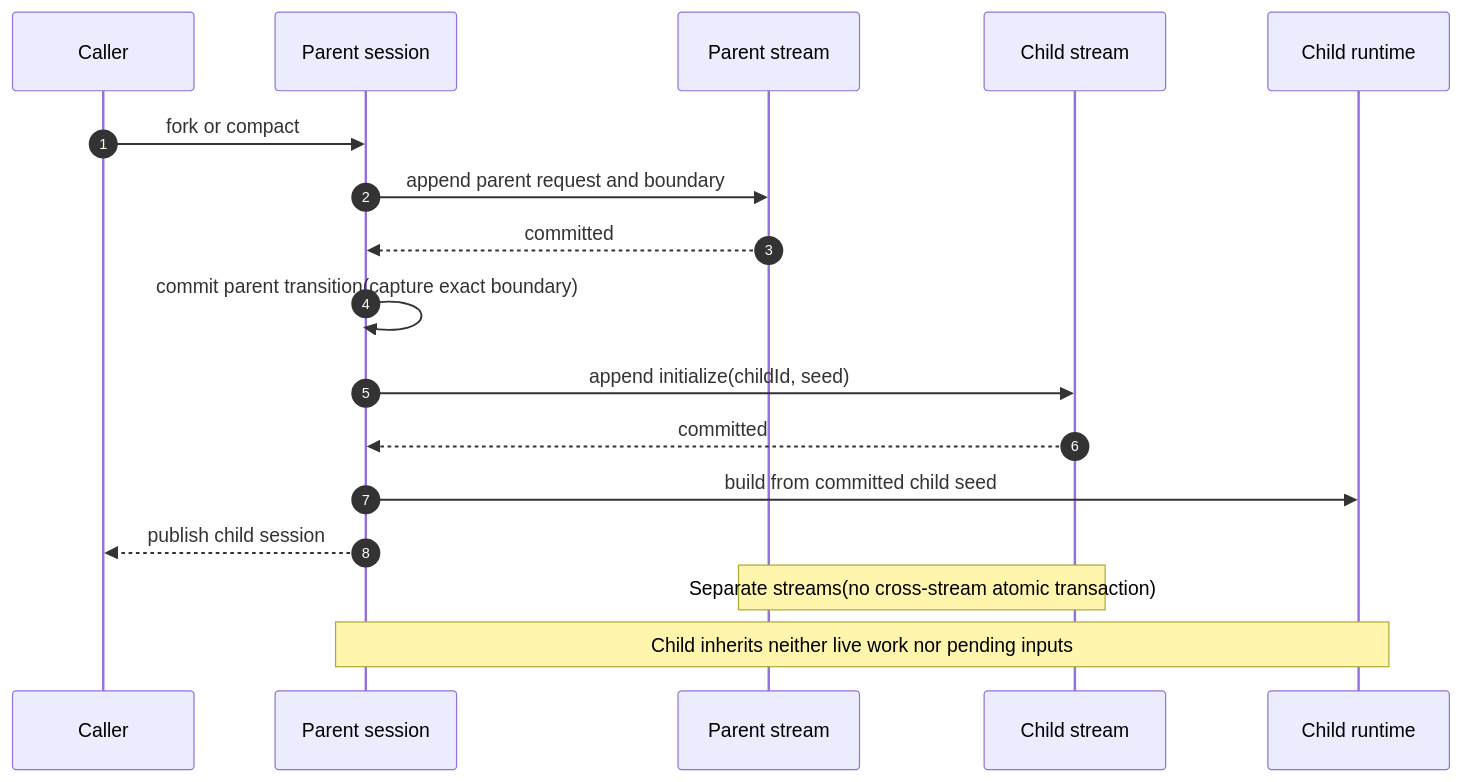
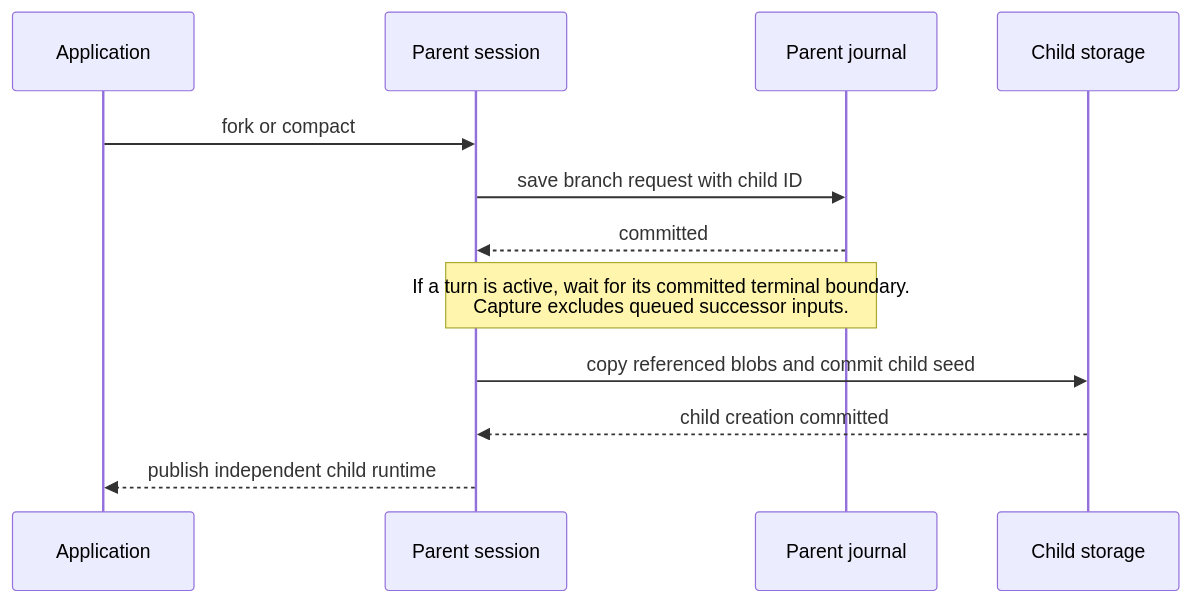
One commit to danbarua/labkit-agent changed the seventh of 8 diagrams in docs/session-runtime.md. Above: the diagram before and after it, drawn with Mermaid. The commit also changed other lines of this file and 70 other files, not shown here.

````diff
--- a/docs/session-runtime.md
+++ b/docs/session-runtime.md
@@ -249,21 +170,14 @@
 ```mermaid
 sequenceDiagram
-  autonumber
-  participant C as Caller
-  participant P as Parent session
-  participant PS as Parent stream
-  participant CS as Child stream
-  participant R as Child runtime
-
-  C->>P: fork or compact
-  P->>PS: append parent request and boundary
-  PS-->>P: committed
-  P->>P: commit parent transition(capture exact boundary)
-  P->>CS: append initialize(childId, seed)
-  CS-->>P: committed
-  P->>R: build from committed child seed
-  P-->>C: publish child session
-
-  Note over PS,CS: Separate streams(no cross-stream atomic transaction)
-  Note over P,R: Child inherits neither live work nor pending inputs
+  participant A as Application
+  participant S as Parent session
+  participant P as Parent journal
+  participant C as Child storage
+  A->>S: fork or compact
+  S->>P: save branch request with child ID
+  P-->>S: committed
+  Note over S,P: If a turn is active, wait for its committed terminal boundary.<br/>Capture excludes queued successor inputs.
+  S->>C: copy referenced blobs and commit child seed
+  C-->>S: child creation committed
+  S-->>A: publish independent child runtime
 ```
````
